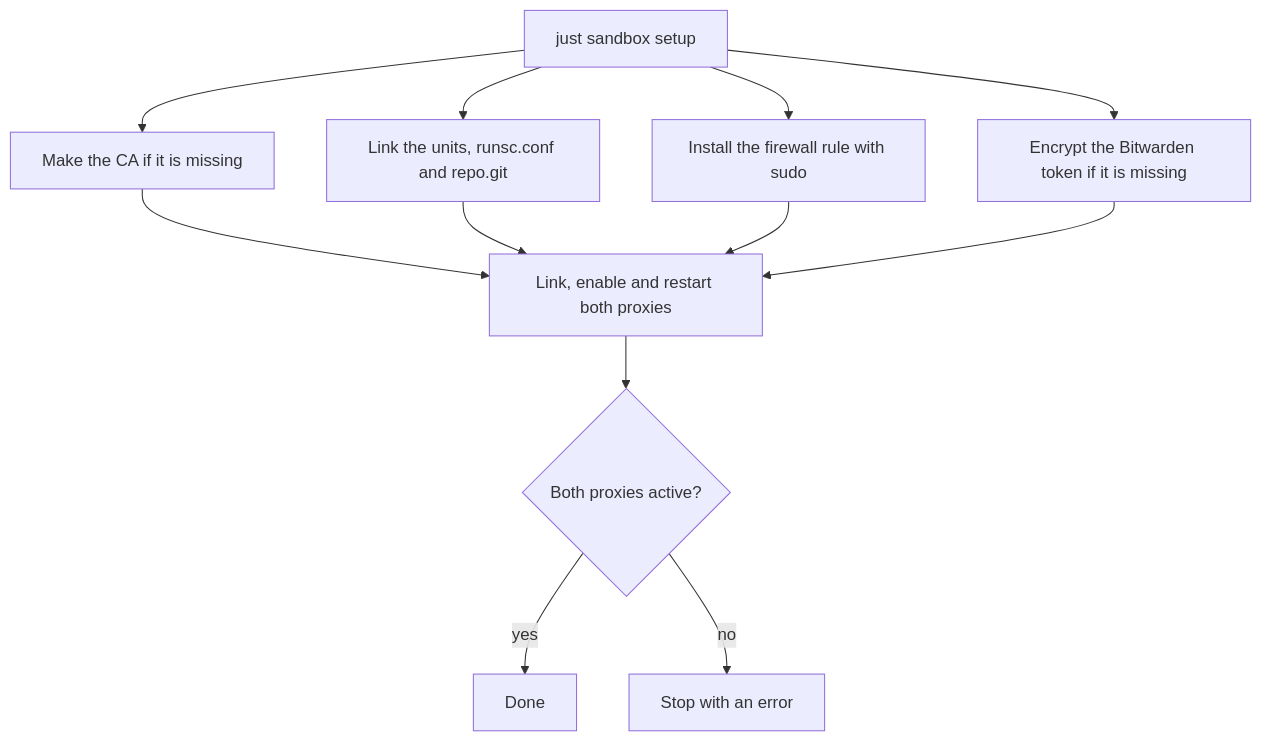
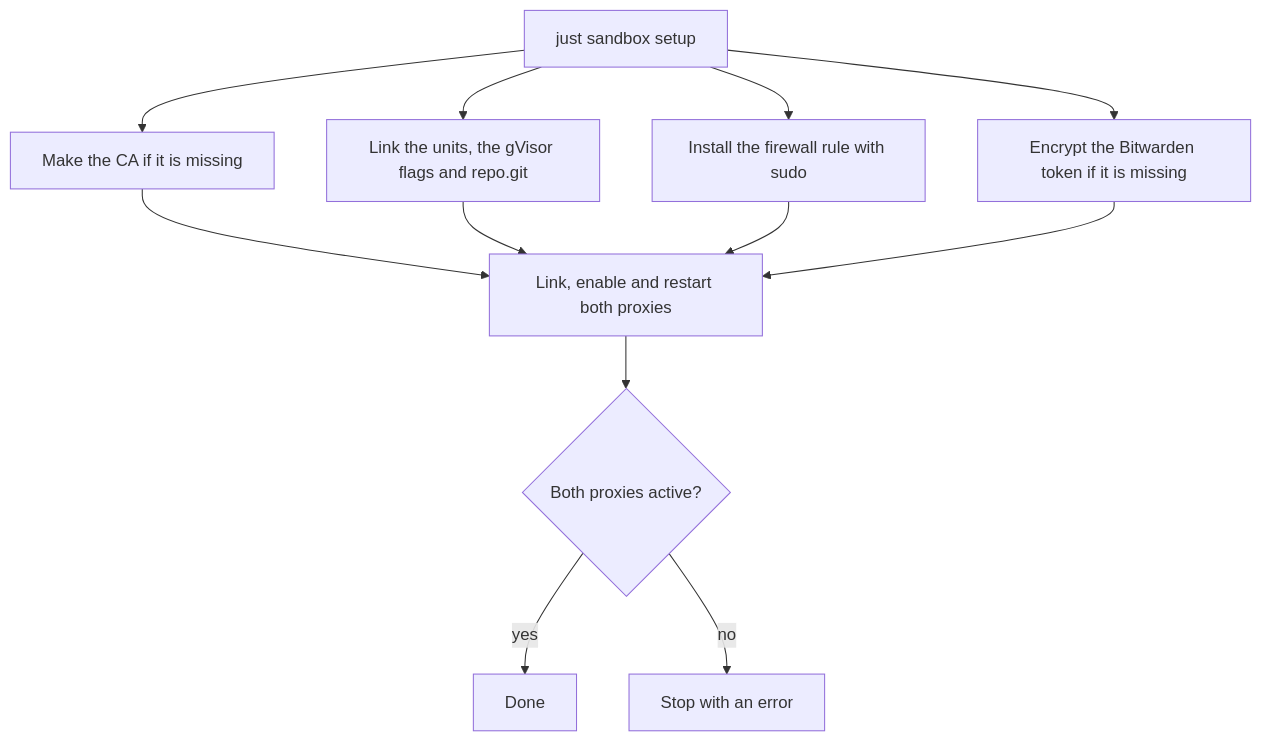
Before and after one commit to raghav19/engineersdaybook: the third of 9 diagrams in .sandbox/docs/internals.md, drawn with Mermaid. The commit also changed other lines of this file and 44 other files, not shown here.

````diff
--- a/.sandbox/docs/internals.md
+++ b/.sandbox/docs/internals.md
@@ -97,14 +97,14 @@
 ```mermaid
 flowchart TD
     A["just sandbox setup"] --> B["Make the CA if it is missing"]
-    A --> C["Link the units, runsc.conf and repo.git"]
+    A --> C["Link the units, the gVisor flags and repo.git"]
     A --> D["Install the firewall rule with sudo"]
     A --> E["Encrypt the Bitwarden token if it is missing"]
     B --> F["Link, enable and restart both proxies"]
     C --> F
     D --> F
     E --> F
     F --> G{"Both proxies active?"}
     G -->|yes| H["Done"]
     G -->|no| I["Stop with an error"]
 ```
````
